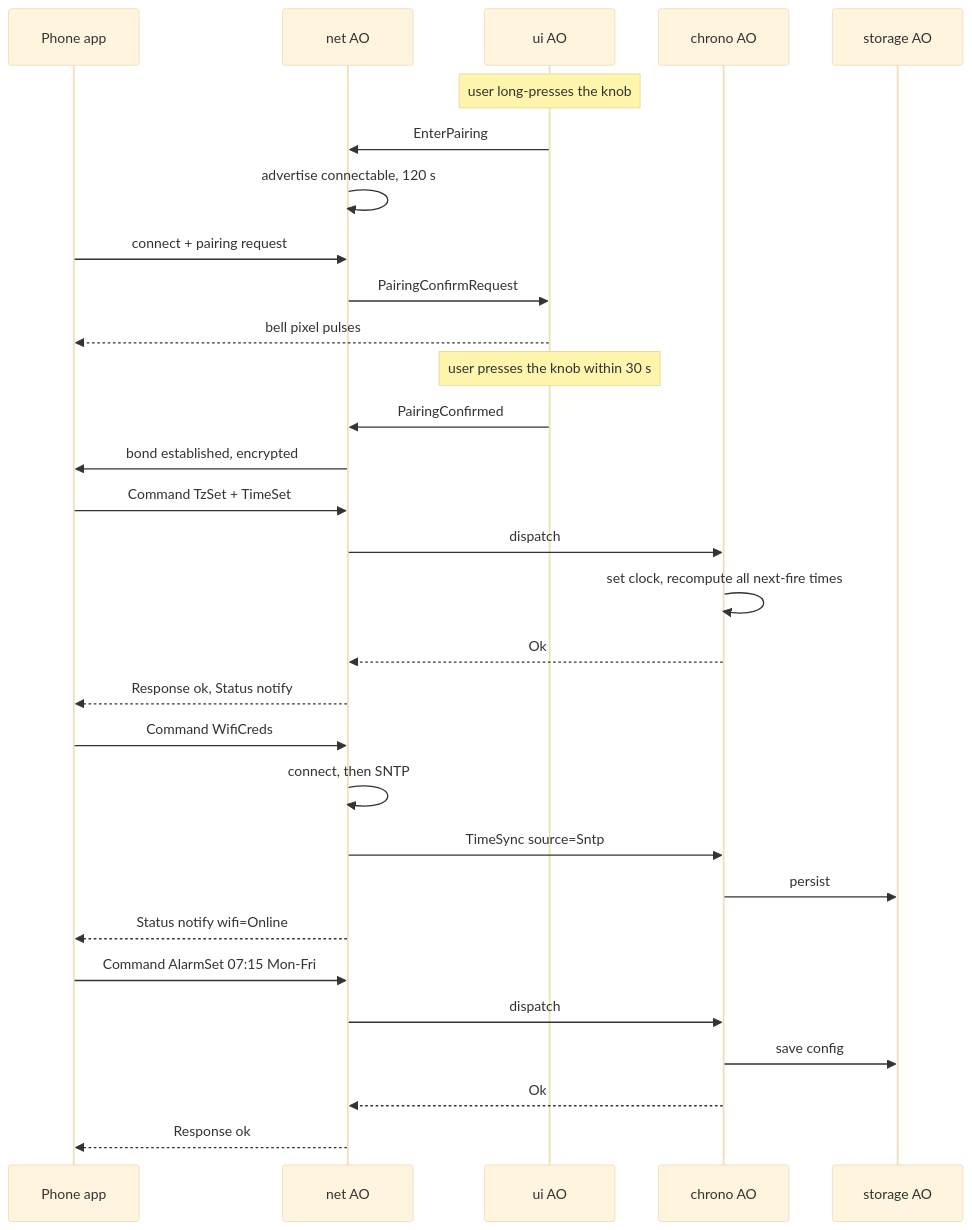
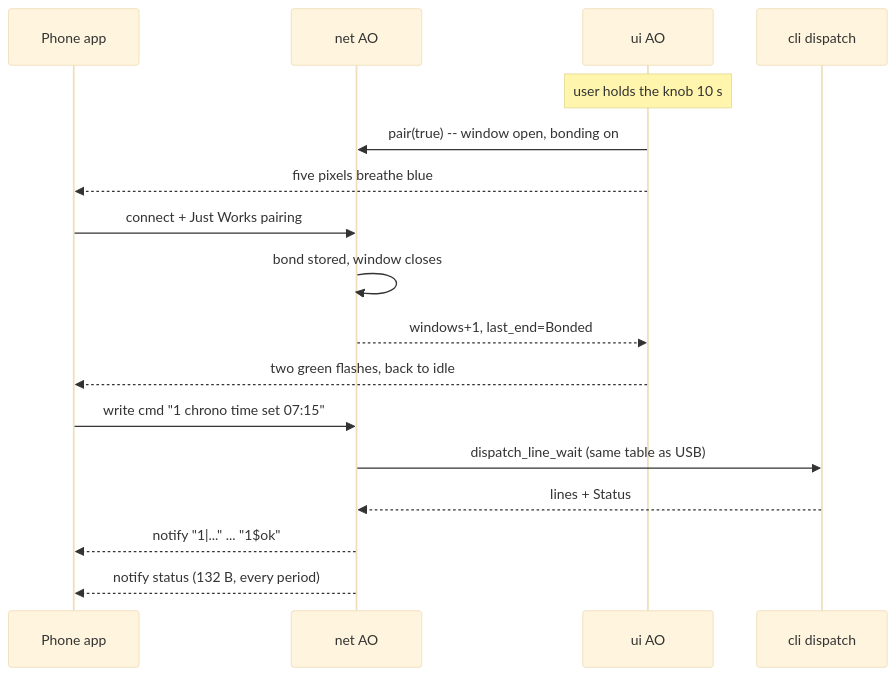
One commit to tibm/clock changed the seventh of 8 diagrams in FIRMWARE.md. Above: the diagram before and after it, drawn with Mermaid (base theme). The commit also changed other lines of this file and 45 other files, not shown here.

````diff
--- a/FIRMWARE.md
+++ b/FIRMWARE.md
@@ -1804,36 +1851,21 @@
 ```mermaid
 sequenceDiagram
     participant App as Phone app
     participant NET as net AO
     participant UI as ui AO
-    participant CHR as chrono AO
-    participant STO as storage AO
+    participant CLI as cli dispatch
 
-    Note over UI: user long-presses the knob
-    UI->>NET: EnterPairing
-    NET->>NET: advertise connectable, 120 s
-    App->>NET: connect + pairing request
-    NET->>UI: PairingConfirmRequest
-    UI-->>App: bell pixel pulses
-    Note over UI: user presses the knob within 30 s
-    UI->>NET: PairingConfirmed
-    NET->>App: bond established, encrypted
+    Note over UI: user holds the knob 10 s
+    UI->>NET: pair(true) -- window open, bonding on
+    UI-->>App: five pixels breathe blue
+    App->>NET: connect + Just Works pairing
+    NET->>NET: bond stored, window closes
+    NET-->>UI: windows+1, last_end=Bonded
+    UI-->>App: two green flashes, back to idle
 
-    App->>NET: Command TzSet + TimeSet
-    NET->>CHR: dispatch
-    CHR->>CHR: set clock, recompute all next-fire times
-    CHR-->>NET: Ok
-    NET-->>App: Response ok, Status notify
-
-    App->>NET: Command WifiCreds
-    NET->>NET: connect, then SNTP
-    NET->>CHR: TimeSync source=Sntp
-    CHR->>STO: persist
-    NET-->>App: Status notify wifi=Online
-
-    App->>NET: Command AlarmSet 07:15 Mon-Fri
-    NET->>CHR: dispatch
-    CHR->>STO: save config
-    CHR-->>NET: Ok
-    NET-->>App: Response ok
+    App->>NET: write cmd "1 chrono time set 07:15"
+    NET->>CLI: dispatch_line_wait (same table as USB)
+    CLI-->>NET: lines + Status
+    NET-->>App: notify "1|..." ... "1$ok"
+    NET-->>App: notify status (132 B, every period)
 ```
````
